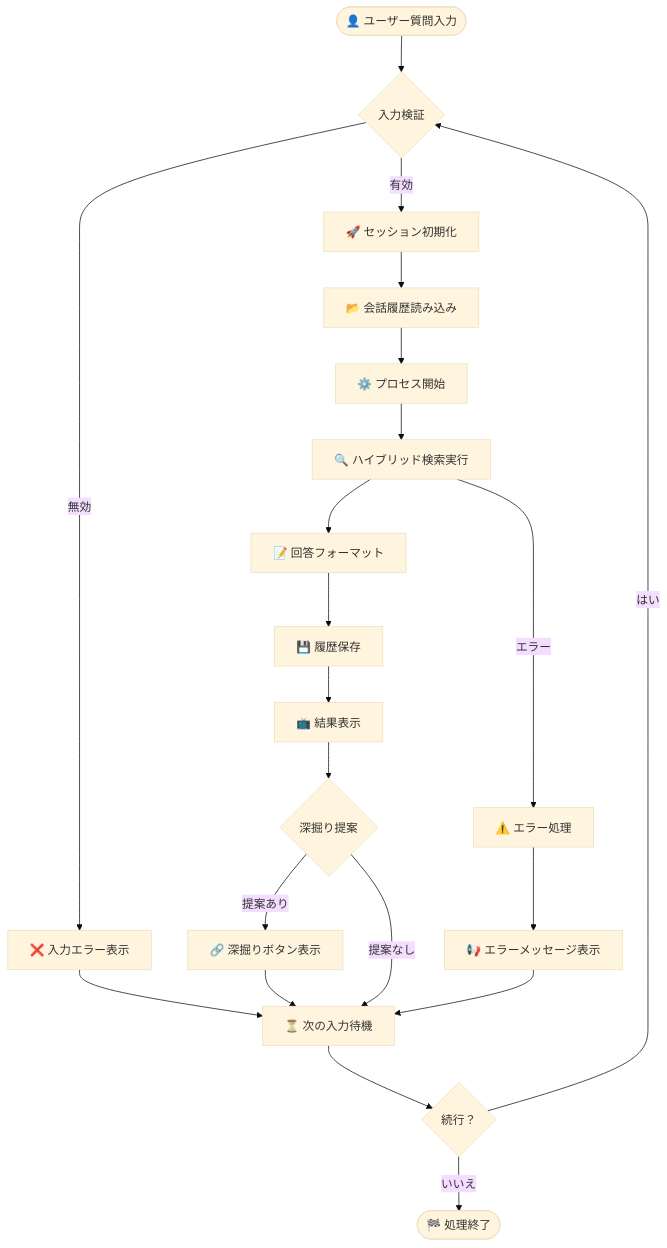
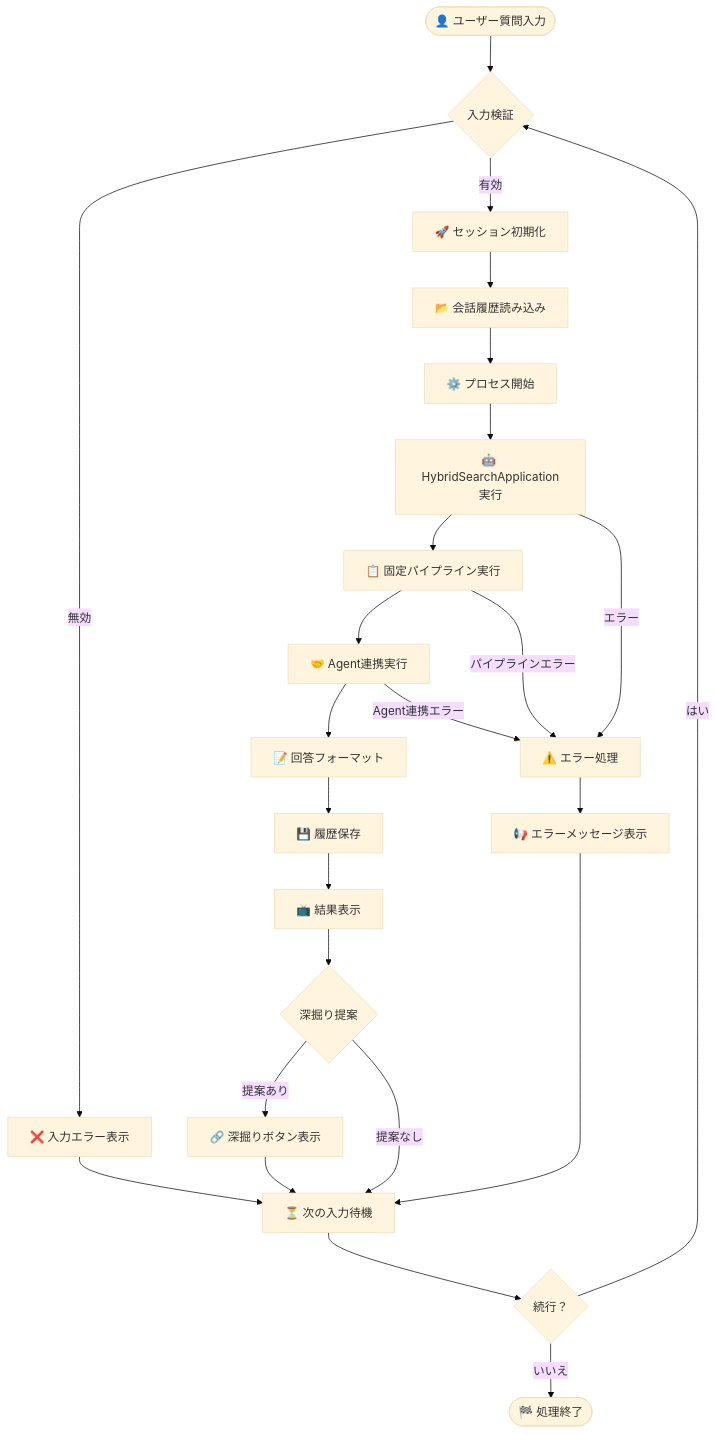
Before and after one commit to gucchon001/attratian_chatbot: the first of 9 diagrams in docs/SPEC-DS-005D アクティビティ図設計書.md, drawn with Mermaid (base theme). The commit also changed other lines of this file and 9 other files, not shown here.

````diff
--- a/docs/SPEC-DS-005D アクティビティ図設計書.md
+++ b/docs/SPEC-DS-005D アクティビティ図設計書.md
@@ -17,30 +17,34 @@
 ```mermaid
 flowchart TD
     Start([👤 ユーザー質問入力]) --> ValidateInput{入力検証}
     ValidateInput -->|無効| InvalidInput[❌ 入力エラー表示]
     ValidateInput -->|有効| InitializeSession[🚀 セッション初期化]
     
     InitializeSession --> LoadHistory[📂 会話履歴読み込み]
     LoadHistory --> StartProcess[⚙️ プロセス開始]
     
-    StartProcess --> HybridSearch[🔍 ハイブリッド検索実行]
-    HybridSearch --> FormatResponse[📝 回答フォーマット]
+    StartProcess --> HybridSearchApp[🤖 HybridSearchApplication実行]
+    HybridSearchApp --> ExecuteFixedPipeline[📋 固定パイプライン実行]
+    ExecuteFixedPipeline --> ExecuteAgentHandover[🤝 Agent連携実行]
+    ExecuteAgentHandover --> FormatResponse[📝 回答フォーマット]
     FormatResponse --> SaveHistory[💾 履歴保存]
     SaveHistory --> DisplayResult[📺 結果表示]
     
     DisplayResult --> OfferDeepDive{深掘り提案}
     OfferDeepDive -->|提案あり| ShowDrillDown[🔗 深掘りボタン表示]
     OfferDeepDive -->|提案なし| WaitInput[⏳ 次の入力待機]
     ShowDrillDown --> WaitInput
     
     WaitInput --> CheckContinue{続行？}
     CheckContinue -->|はい| ValidateInput
     CheckContinue -->|いいえ| End([🏁 処理終了])
     
     InvalidInput --> WaitInput
     
     %% エラーハンドリング
-    HybridSearch -->|エラー| HandleError[⚠️ エラー処理]
+    HybridSearchApp -->|エラー| HandleError[⚠️ エラー処理]
+    ExecuteFixedPipeline -->|パイプラインエラー| HandleError
+    ExecuteAgentHandover -->|Agent連携エラー| HandleError
     HandleError --> ShowErrorMessage[📢 エラーメッセージ表示]
     ShowErrorMessage --> WaitInput
 ```
````
